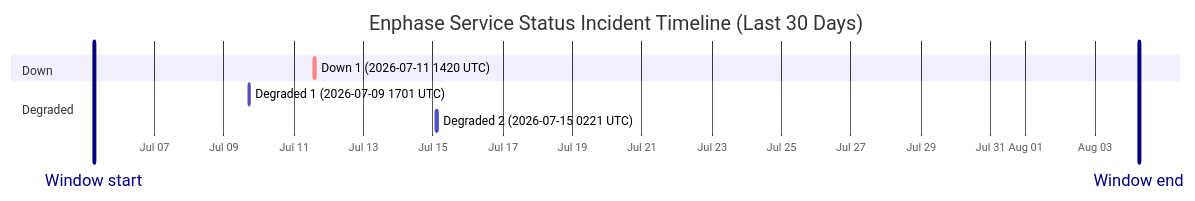
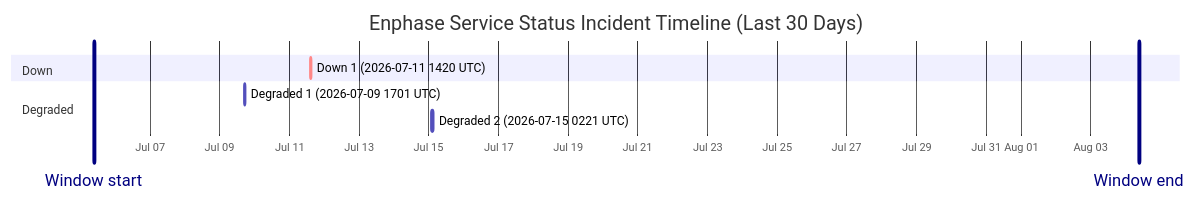
The diagram in wiki/Service-Status-History.md (barneyonline/ha-enphase-energy), drawn with Mermaid before and after one commit. The commit also changed other lines of this file and 3 other files, not shown here.

````diff
--- a/wiki/Service-Status-History.md
+++ b/wiki/Service-Status-History.md
@@ -14,13 +14,13 @@
 ```mermaid
 gantt
     title Enphase Service Status Incident Timeline (Last 30 Days)
     dateFormat  YYYY-MM-DDTHH:mm:ss
     axisFormat  %b %d
-    Window start :vert, window-start, 2026-07-05T06:25:40, 0ms
-    Window end :vert, window-end, 2026-08-04T06:25:40, 0ms
+    Window start :vert, window-start, 2026-07-05T09:20:09, 0ms
+    Window end :vert, window-end, 2026-08-04T09:20:09, 0ms
     section Down
     Down 1 (2026-07-11 1420 UTC) :crit, down-1, 2026-07-11T14:20:54, 69m
     section Degraded
     Degraded 1 (2026-07-09 1701 UTC) :active, degraded-1, 2026-07-09T17:01:02, 60m
     Degraded 2 (2026-07-15 0221 UTC) :active, degraded-2, 2026-07-15T02:21:35, 60m
 ```
````
